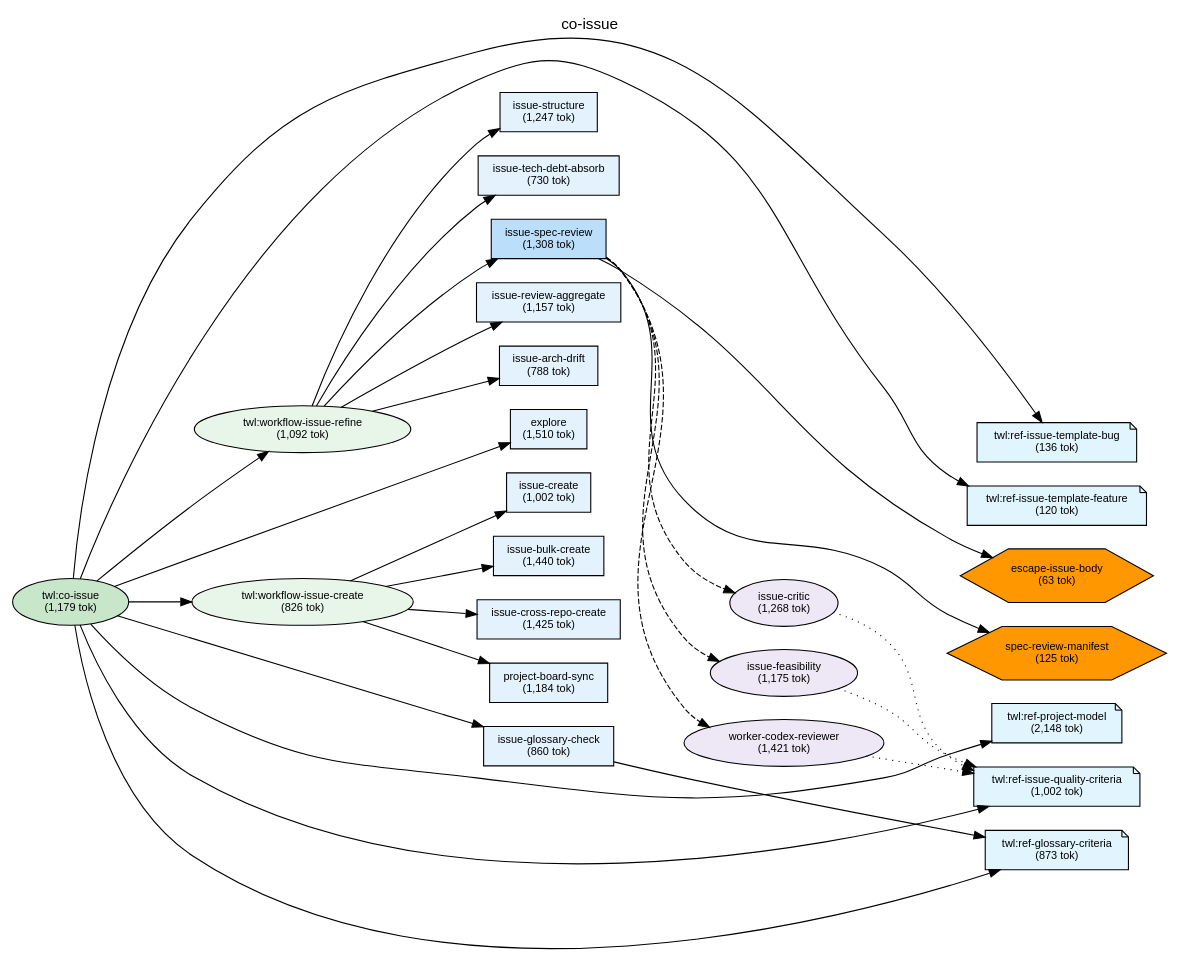
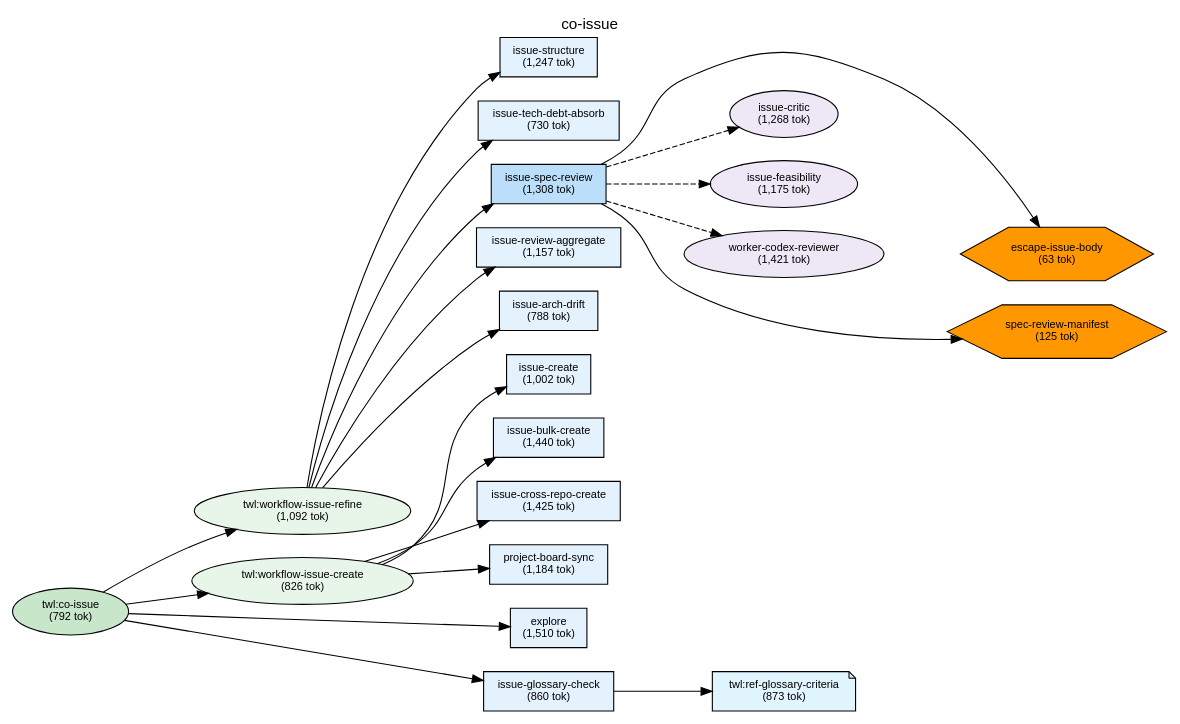
Before and after one commit to shuu5/twill: the diagram in plugins/twl/docs/deps-co-issue.dot, drawn with Graphviz. The commit also changed 5 other files, not shown here.

First line of the commit message:
refactor(co-issue): SKILL.md を thin orchestrator に再構成

```diff
--- a/plugins/twl/docs/deps-co-issue.dot
+++ b/plugins/twl/docs/deps-co-issue.dot
@@ -1,113 +1,96 @@
 digraph Dependencies {
     // Graph settings
     rankdir=LR;
     ranksep=0.8;
     nodesep=0.3;
     fontname="Helvetica";
     node [fontname="Helvetica", fontsize=10];
     edge [fontname="Helvetica", fontsize=9];
     label="co-issue";
     labelloc=t;
     fontsize=14;
 
     // L0: Controller Skills
-    skill_co_issue [label="twl:co-issue\n(1,179 tok)", shape=ellipse, style=filled, fillcolor="#c8e6c9"];
+    skill_co_issue [label="twl:co-issue\n(792 tok)", shape=ellipse, style=filled, fillcolor="#c8e6c9"];
 
     // L0: Launchers
 
     // L0.5: Workflow Skills
     skill_workflow_issue_refine [label="twl:workflow-issue-refine\n(1,092 tok)", shape=ellipse, style=filled, fillcolor="#e8f5e9"];
     skill_workflow_issue_create [label="twl:workflow-issue-create\n(826 tok)", shape=ellipse, style=filled, fillcolor="#e8f5e9"];
 
     // Reference Skills
-    skill_ref_issue_template_bug [label="twl:ref-issue-template-bug\n(136 tok)", shape=note, style=filled, fillcolor="#e1f5fe"];
-    skill_ref_issue_template_feature [label="twl:ref-issue-template-feature\n(120 tok)", shape=note, style=filled, fillcolor="#e1f5fe"];
-    skill_ref_project_model [label="twl:ref-project-model\n(2,148 tok)", shape=note, style=filled, fillcolor="#e1f5fe"];
-    skill_ref_issue_quality_criteria [label="twl:ref-issue-quality-criteria\n(1,002 tok)", shape=note, style=filled, fillcolor="#e1f5fe"];
     skill_ref_glossary_criteria [label="twl:ref-glossary-criteria\n(873 tok)", shape=note, style=filled, fillcolor="#e1f5fe"];
 
     // L1: Direct Commands
     cmd_issue_structure [label="issue-structure\n(1,247 tok)", shape=box, style=filled, fillcolor="#e3f2fd"];
     cmd_issue_create [label="issue-create\n(1,002 tok)", shape=box, style=filled, fillcolor="#e3f2fd"];
     cmd_issue_bulk_create [label="issue-bulk-create\n(1,440 tok)", shape=box, style=filled, fillcolor="#e3f2fd"];
     cmd_issue_tech_debt_absorb [label="issue-tech-debt-absorb\n(730 tok)", shape=box, style=filled, fillcolor="#e3f2fd"];
     cmd_issue_spec_review [label="issue-spec-review\n(1,308 tok)", shape=box, style=filled, fillcolor="#bbdefb"];
     cmd_issue_review_aggregate [label="issue-review-aggregate\n(1,157 tok)", shape=box, style=filled, fillcolor="#e3f2fd"];
     cmd_issue_glossary_check [label="issue-glossary-check\n(860 tok)", shape=box, style=filled, fillcolor="#e3f2fd"];
     cmd_issue_arch_drift [label="issue-arch-drift\n(788 tok)", shape=box, style=filled, fillcolor="#e3f2fd"];
     cmd_issue_cross_repo_create [label="issue-cross-repo-create\n(1,425 tok)", shape=box, style=filled, fillcolor="#e3f2fd"];
     cmd_project_board_sync [label="project-board-sync\n(1,184 tok)", shape=box, style=filled, fillcolor="#e3f2fd"];
     cmd_explore [label="explore\n(1,510 tok)", shape=box, style=filled, fillcolor="#e3f2fd"];
 
     // L2: Sub Commands
 
     // L3: Agents
     agent_issue_critic [label="issue-critic\n(1,268 tok)", shape=ellipse, style=filled, fillcolor="#ede7f6"];
     agent_issue_feasibility [label="issue-feasibility\n(1,175 tok)", shape=ellipse, style=filled, fillcolor="#ede7f6"];
     agent_worker_codex_reviewer [label="worker-codex-reviewer\n(1,421 tok)", shape=ellipse, style=filled, fillcolor="#ede7f6"];
 
     // L3.5: Scripts
     script_escape_issue_body [label="escape-issue-body\n(63 tok)", shape=hexagon, style=filled, fillcolor="#FF9800"];
     script_spec_review_manifest [label="spec-review-manifest\n(125 tok)", shape=hexagon, style=filled, fillcolor="#FF9800"];
 
     // L4: External
 
     // Layer constraints
     { rank=same; skill_co_issue; }
     { rank=same; skill_workflow_issue_refine; skill_workflow_issue_create; }
-    { rank=same; skill_ref_issue_template_bug; skill_ref_issue_template_feature; skill_ref_project_model; skill_ref_issue_quality_criteria; skill_ref_glossary_criteria; }
+    { rank=same; skill_ref_glossary_criteria; }
     { rank=same; cmd_issue_structure; cmd_issue_create; cmd_issue_bulk_create; cmd_issue_tech_debt_absorb; cmd_issue_spec_review; cmd_issue_review_aggregate; cmd_issue_glossary_check; cmd_issue_arch_drift; cmd_issue_cross_repo_create; cmd_project_board_sync; cmd_explore; }
     { rank=same; agent_issue_critic; agent_issue_feasibility; agent_worker_codex_reviewer; }
     { rank=same; script_escape_issue_body; script_spec_review_manifest; }
 
     // Edges
     skill_co_issue -> cmd_explore;
+    skill_co_issue -> cmd_issue_glossary_check;
     skill_co_issue -> skill_workflow_issue_refine;
     skill_co_issue -> skill_workflow_issue_create;
-    skill_co_issue -> cmd_issue_glossary_check;
-    skill_co_issue -> skill_ref_issue_template_bug;
-    skill_co_issue -> skill_ref_issue_template_feature;
-    skill_co_issue -> skill_ref_project_model;
-    skill_co_issue -> skill_ref_issue_quality_criteria;
-    skill_co_issue -> skill_ref_glossary_criteria;
     skill_workflow_issue_refine -> cmd_issue_structure;
     skill_workflow_issue_refine -> cmd_issue_tech_debt_absorb;
     skill_workflow_issue_refine -> cmd_issue_spec_review;
     skill_workflow_issue_refine -> cmd_issue_review_aggregate;
     skill_workflow_issue_refine -> cmd_issue_arch_drift;
     skill_workflow_issue_create -> cmd_issue_create;
     skill_workflow_issue_create -> cmd_issue_bulk_create;
     skill_workflow_issue_create -> cmd_issue_cross_repo_create;
     skill_workflow_issue_create -> cmd_project_board_sync;
     cmd_issue_spec_review -> agent_issue_critic [style=dashed];
     cmd_issue_spec_review -> agent_issue_feasibility [style=dashed];
     cmd_issue_spec_review -> agent_worker_codex_reviewer [style=dashed];
     cmd_issue_spec_review -> script_escape_issue_body;
     cmd_issue_spec_review -> script_spec_review_manifest;
     cmd_issue_glossary_check -> skill_ref_glossary_criteria;
-    agent_issue_critic -> skill_ref_issue_quality_criteria [style=dotted];
-    agent_issue_feasibility -> skill_ref_issue_quality_criteria [style=dotted];
-    agent_worker_codex_reviewer -> skill_ref_issue_quality_criteria [style=dotted];
 
     // Ordering constraints (invisible edges)
-    cmd_explore -> skill_workflow_issue_refine [style=invis, weight=10];
+    cmd_explore -> cmd_issue_glossary_check [style=invis, weight=10];
+    cmd_issue_glossary_check -> skill_workflow_issue_refine [style=invis, weight=10];
     skill_workflow_issue_refine -> skill_workflow_issue_create [style=invis, weight=10];
-    skill_workflow_issue_create -> cmd_issue_glossary_check [style=invis, weight=10];
-    cmd_issue_glossary_check -> skill_ref_issue_template_bug [style=invis, weight=10];
-    skill_ref_issue_template_bug -> skill_ref_issue_template_feature [style=invis, weight=10];
-    skill_ref_issue_template_feature -> skill_ref_project_model [style=invis, weight=10];
-    skill_ref_project_model -> skill_ref_issue_quality_criteria [style=invis, weight=10];
-    skill_ref_issue_quality_criteria -> skill_ref_glossary_criteria [style=invis, weight=10];
     cmd_issue_structure -> cmd_issue_tech_debt_absorb [style=invis, weight=10];
     cmd_issue_tech_debt_absorb -> cmd_issue_spec_review [style=invis, weight=10];
     cmd_issue_spec_review -> cmd_issue_review_aggregate [style=invis, weight=10];
     cmd_issue_review_aggregate -> cmd_issue_arch_drift [style=invis, weight=10];
     cmd_issue_create -> cmd_issue_bulk_create [style=invis, weight=10];
     cmd_issue_bulk_create -> cmd_issue_cross_repo_create [style=invis, weight=10];
     cmd_issue_cross_repo_create -> cmd_project_board_sync [style=invis, weight=10];
     agent_issue_critic -> agent_issue_feasibility [style=invis, weight=10];
     agent_issue_feasibility -> agent_worker_codex_reviewer [style=invis, weight=10];
     agent_worker_codex_reviewer -> script_escape_issue_body [style=invis, weight=10];
     script_escape_issue_body -> script_spec_review_manifest [style=invis, weight=10];
 
 }
```
